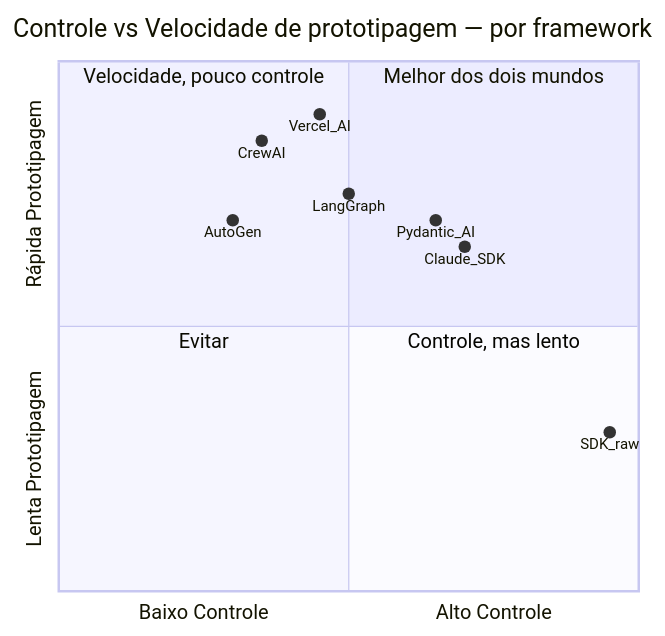
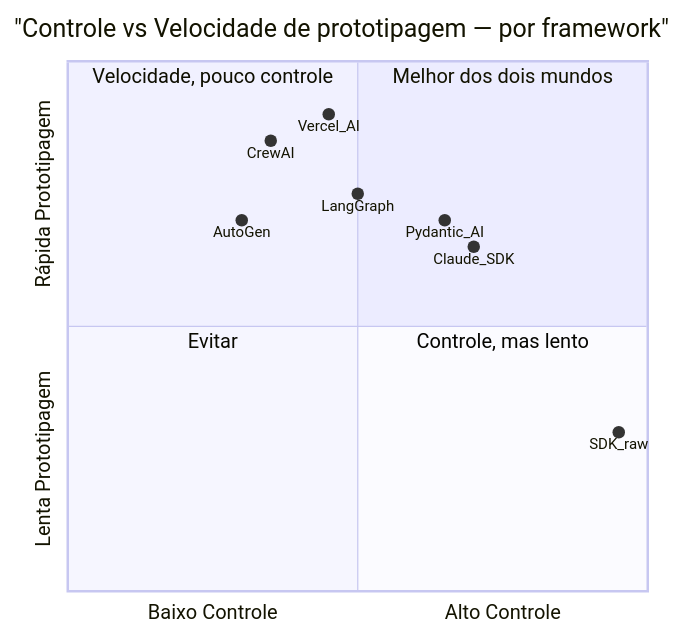
The third of 3 diagrams in 03-Dominios/Tecnologia/IA/Anatomia de Agents/07 - Frameworks 2026.md (josenaldo/codex-technomanticus), drawn with Mermaid before and after one commit. The commit also changed 30 other files, not shown here.

First line of the commit message:
fix(diagramas): 22 diagramas que não renderizavam por erro de sintaxe

````diff
--- a/03-Dominios/Tecnologia/IA/Anatomia de Agents/07 - Frameworks 2026.md
+++ b/03-Dominios/Tecnologia/IA/Anatomia de Agents/07 - Frameworks 2026.md
@@ -247,17 +247,17 @@
 ```mermaid
 quadrantChart
-    title Controle vs Velocidade de prototipagem — por framework
-    x-axis Baixo Controle --> Alto Controle
-    y-axis Lenta Prototipagem --> Rápida Prototipagem
-    quadrant-1 Melhor dos dois mundos
-    quadrant-2 Velocidade, pouco controle
-    quadrant-3 Evitar
-    quadrant-4 Controle, mas lento
-    CrewAI: [0.35, 0.85]
-    AutoGen: [0.3, 0.7]
-    LangGraph: [0.5, 0.75]
-    Pydantic_AI: [0.65, 0.7]
-    Claude_SDK: [0.7, 0.65]
-    SDK_raw: [0.95, 0.3]
-    Vercel_AI: [0.45, 0.9]
+    title "Controle vs Velocidade de prototipagem — por framework"
+    x-axis "Baixo Controle" --> "Alto Controle"
+    y-axis "Lenta Prototipagem" --> "Rápida Prototipagem"
+    quadrant-1 "Melhor dos dois mundos"
+    quadrant-2 "Velocidade, pouco controle"
+    quadrant-3 "Evitar"
+    quadrant-4 "Controle, mas lento"
+    "CrewAI": [0.35, 0.85]
+    "AutoGen": [0.3, 0.7]
+    "LangGraph": [0.5, 0.75]
+    "Pydantic_AI": [0.65, 0.7]
+    "Claude_SDK": [0.7, 0.65]
+    "SDK_raw": [0.95, 0.3]
+    "Vercel_AI": [0.45, 0.9]
 ```
````
